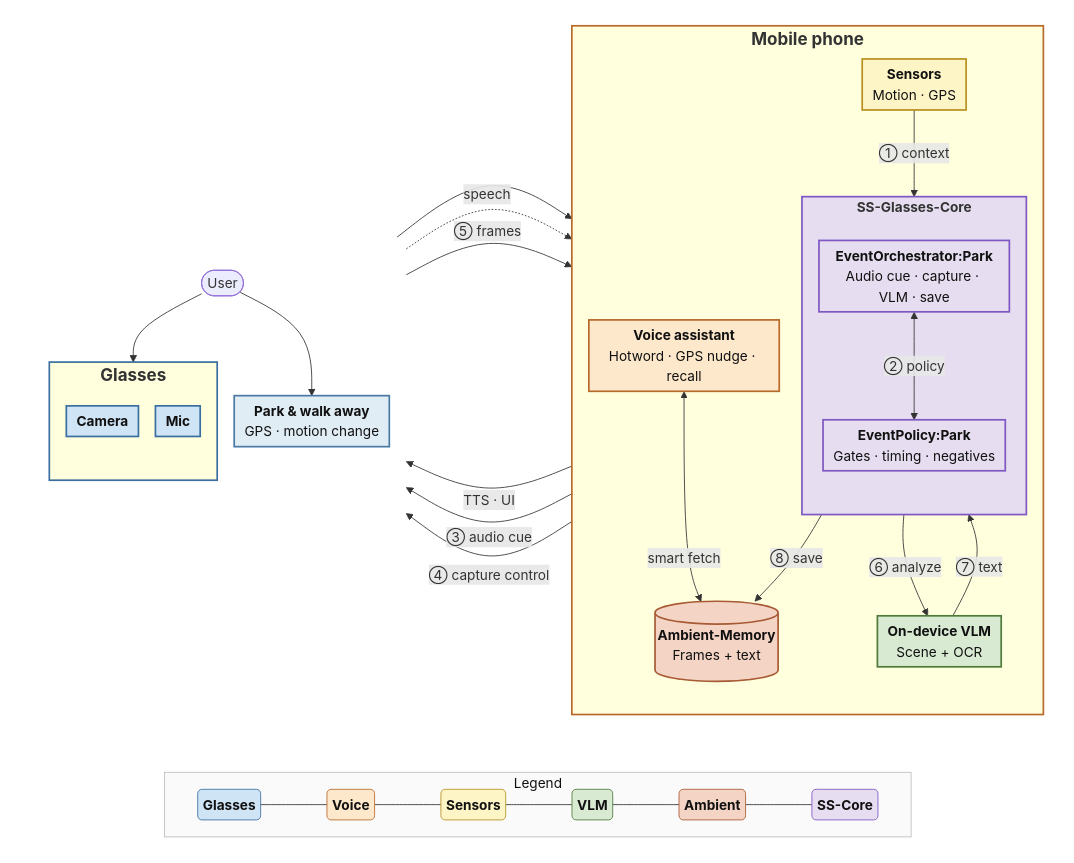
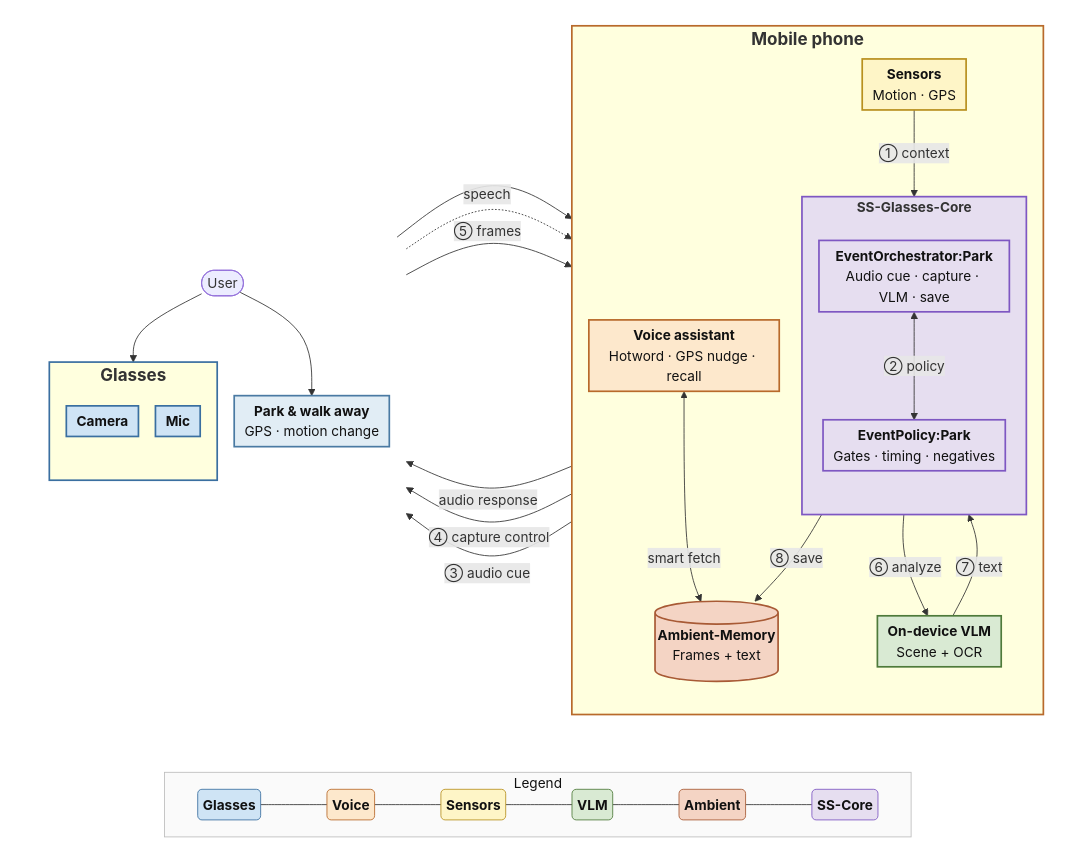
The diagram in tmp/idea2.md (penkesiva/wer-26), drawn with Mermaid before and after one commit. The commit also changed 2 other files, not shown here.

Commit message:
docs(idea2): route audio cue and audio response to Glasses block

```diff
--- a/tmp/idea2.md
+++ b/tmp/idea2.md
@@ -54,7 +54,7 @@
     ParkAction --> Sens
     Sens -->|"① context"| OrchCP
     OrchCP <-->|"② policy"| PolicyCP
-    OrchCP -->|"③ audio cue"| Mic
+    OrchCP -->|"③ audio cue"| Glasses
     OrchCP -->|"④ capture control"| Cam
     Cam -->|"⑤ frames"| OrchCP
     OrchCP -->|"⑥ analyze"| VLM
@@ -63,7 +63,7 @@
 
     User --> Mic
     Mic -. speech .-> VA
-    VA -->|TTS · UI| Mic
+    VA -->|audio response| Glasses
     VA <-->|smart fetch| AMEM
 
     classDef glasses fill:#cfe4f5,stroke:#3a6fa0,color:#111,stroke-width:2px
```
